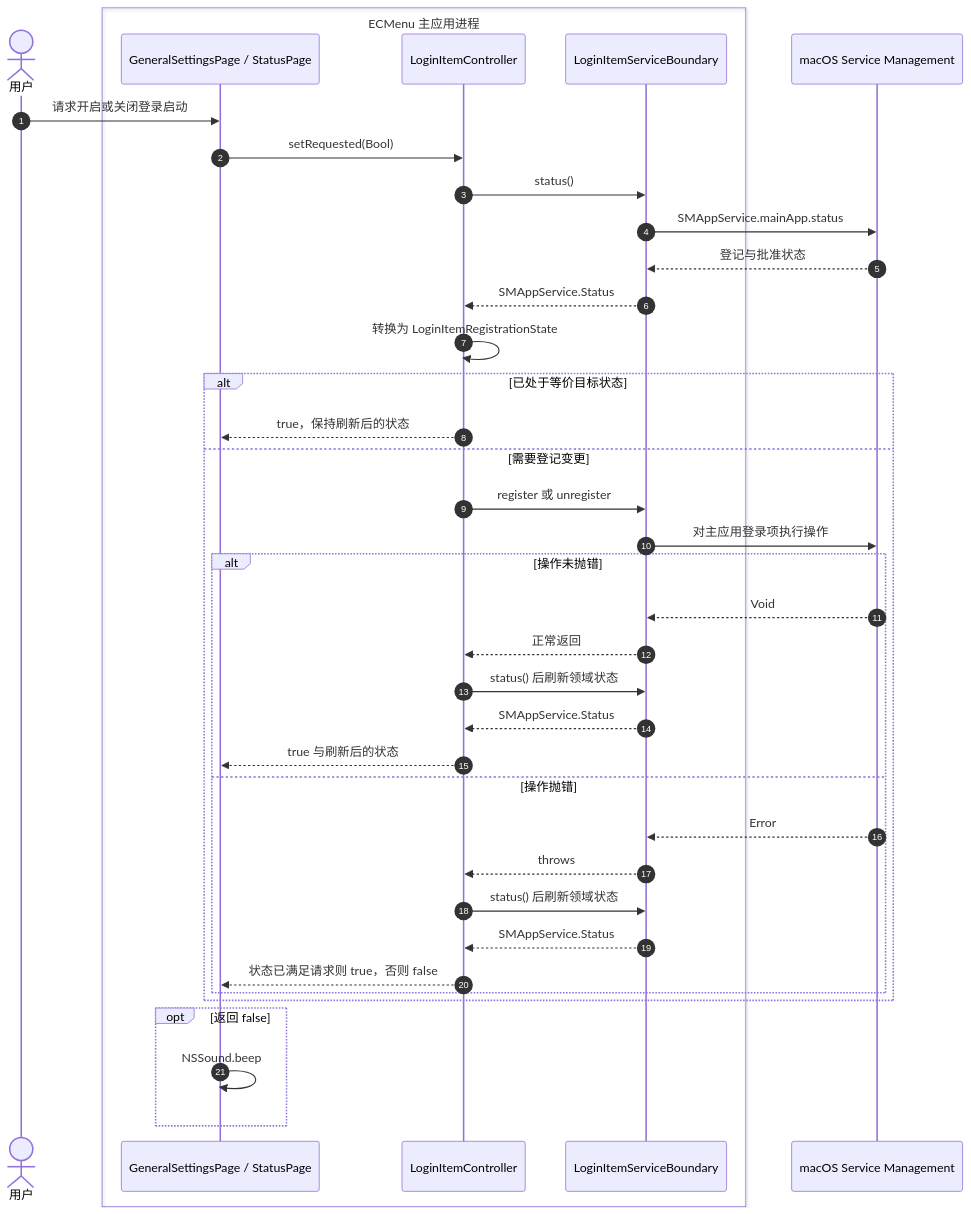
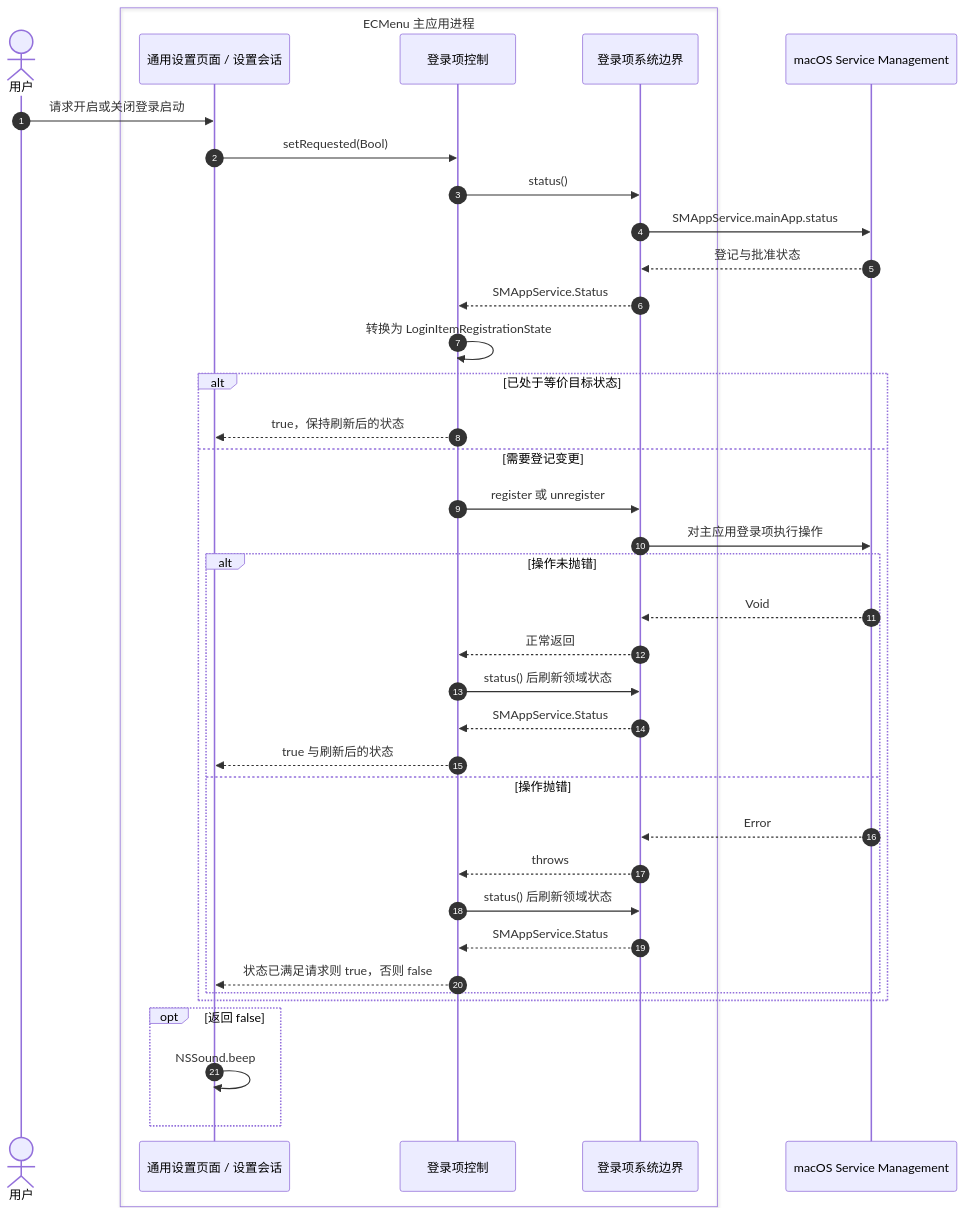
One commit to tlb-22/mac-tool-ecmenu changed the first of 3 diagrams in spec/Technical/Features/GeneralSettings.md. Above: the diagram before and after it, drawn with Mermaid. The commit also changed other lines of this file and 38 other files, not shown here.

````diff
--- a/spec/Technical/Features/GeneralSettings.md
+++ b/spec/Technical/Features/GeneralSettings.md
@@ -7,40 +7,40 @@
 ```mermaid
 sequenceDiagram
     autonumber
     actor U as 用户
     box ECMenu 主应用进程
-        participant V as GeneralSettingsPage / StatusPage
-        participant C as LoginItemController
-        participant B as LoginItemServiceBoundary
+        participant V as 通用设置页面 / 设置会话
+        participant C as 登录项控制
+        participant B as 登录项系统边界
     end
     participant S as macOS Service Management
     U->>V: 请求开启或关闭登录启动
     V->>C: setRequested(Bool)
     C->>B: status()
     B->>S: SMAppService.mainApp.status
     S-->>B: 登记与批准状态
     B-->>C: SMAppService.Status
     C->>C: 转换为 LoginItemRegistrationState
     alt 已处于等价目标状态
         C-->>V: true，保持刷新后的状态
     else 需要登记变更
         C->>B: register 或 unregister
         B->>S: 对主应用登录项执行操作
         alt 操作未抛错
             S-->>B: Void
             B-->>C: 正常返回
             C->>B: status() 后刷新领域状态
             B-->>C: SMAppService.Status
             C-->>V: true 与刷新后的状态
         else 操作抛错
             S-->>B: Error
             B-->>C: throws
             C->>B: status() 后刷新领域状态
             B-->>C: SMAppService.Status
             C-->>V: 状态已满足请求则 true，否则 false
         end
     end
     opt 返回 false
         V->>V: NSSound.beep
     end
 ```
````
